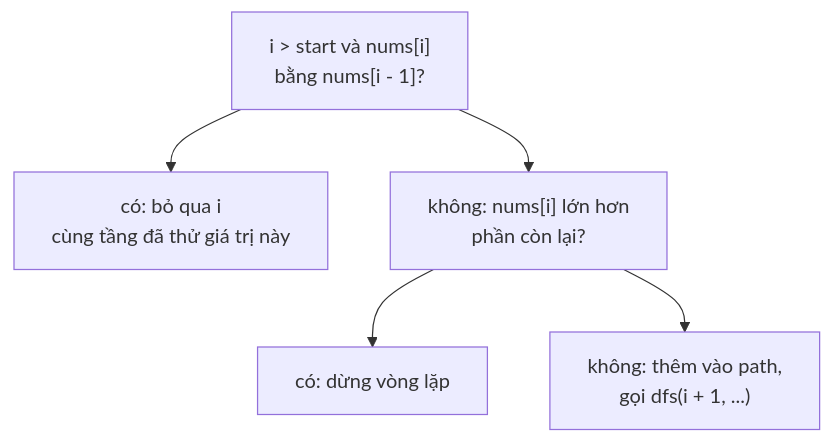
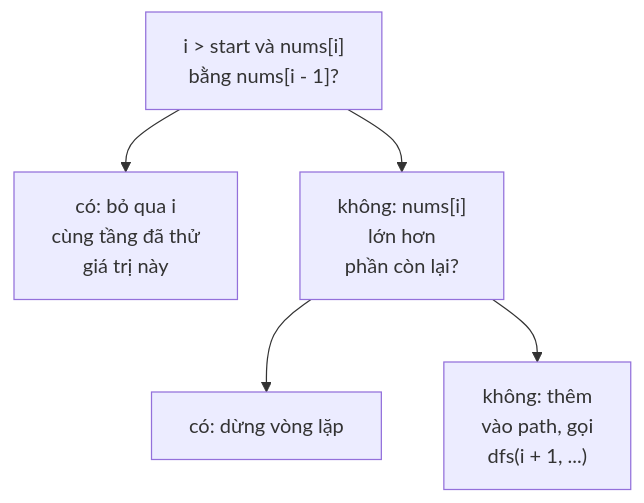
One commit to duongbui234/software-engineering-atlas changed the second of 2 diagrams in content/problems/combination-sum-ii.md. Above: the diagram before and after it, drawn with Mermaid. The commit also changed other lines of this file and 134 other files, not shown here.

First line of the commit message:
Fit every Mermaid diagram at 390px without sideways scroll (#56)

````diff
--- a/content/problems/combination-sum-ii.md
+++ b/content/problems/combination-sum-ii.md
@@ -89,12 +89,12 @@
 ```mermaid
 flowchart TB
   Q1["i > start và nums[i]<br/>bằng nums[i - 1]?"]
-  Y1["có: bỏ qua i<br/>cùng tầng đã thử giá trị này"]
-  Q2["không: nums[i] lớn hơn<br/>phần còn lại?"]
+  Y1["có: bỏ qua i<br/>cùng tầng đã thử<br/>giá trị này"]
+  Q2["không: nums[i]<br/>lớn hơn<br/>phần còn lại?"]
   Y2["có: dừng vòng lặp"]
-  N2["không: thêm vào path,<br/>gọi dfs(i + 1, ...)"]
+  N2["không: thêm<br/>vào path, gọi<br/>dfs(i + 1, ...)"]
   Q1 --> Y1
   Q1 --> Q2
   Q2 --> Y2
   Q2 --> N2
 ```
````
